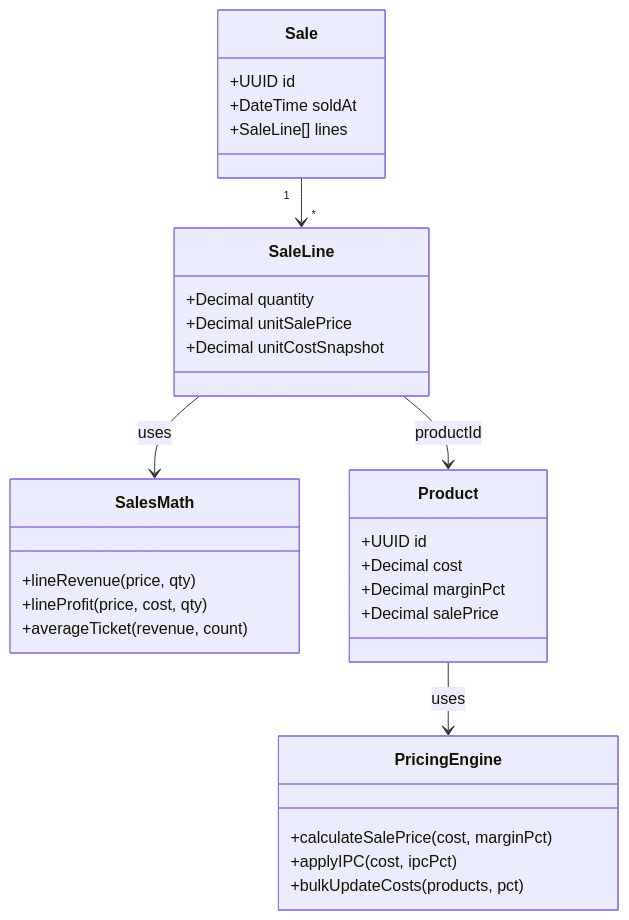
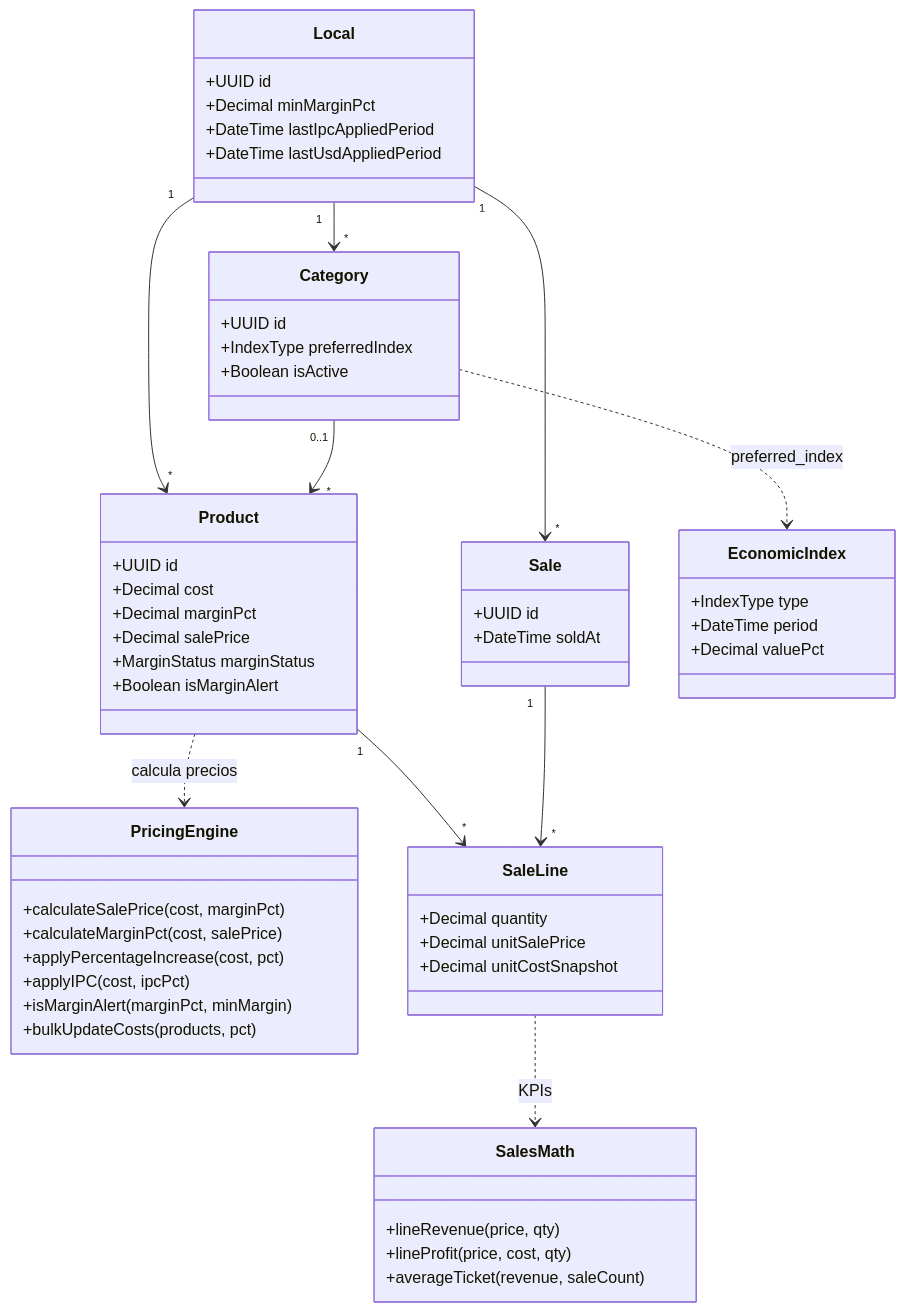
One commit to ELautax/PreciosYa changed the diagram in docs/entrega/assets/uml-clases.mmd. Above: the diagram before and after it, drawn with Mermaid. The commit also changed 51 other files, not shown here.

```diff
--- a/docs/entrega/assets/uml-clases.mmd
+++ b/docs/entrega/assets/uml-clases.mmd
@@ -1,36 +1,64 @@
 classDiagram
   class PricingEngine {
     +calculateSalePrice(cost, marginPct)
+    +calculateMarginPct(cost, salePrice)
+    +applyPercentageIncrease(cost, pct)
     +applyIPC(cost, ipcPct)
+    +isMarginAlert(marginPct, minMargin)
     +bulkUpdateCosts(products, pct)
   }
 
   class SalesMath {
     +lineRevenue(price, qty)
     +lineProfit(price, cost, qty)
-    +averageTicket(revenue, count)
+    +averageTicket(revenue, saleCount)
+  }
+
+  class Local {
+    +UUID id
+    +Decimal minMarginPct
+    +DateTime lastIpcAppliedPeriod
+    +DateTime lastUsdAppliedPeriod
+  }
+
+  class Category {
+    +UUID id
+    +IndexType preferredIndex
+    +Boolean isActive
   }
 
   class Product {
     +UUID id
     +Decimal cost
     +Decimal marginPct
     +Decimal salePrice
+    +MarginStatus marginStatus
+    +Boolean isMarginAlert
   }
 
   class Sale {
     +UUID id
     +DateTime soldAt
-    +SaleLine[] lines
   }
 
   class SaleLine {
     +Decimal quantity
     +Decimal unitSalePrice
     +Decimal unitCostSnapshot
   }
 
+  class EconomicIndex {
+    +IndexType type
+    +DateTime period
+    +Decimal valuePct
+  }
+
+  Local "1" --> "*" Category
+  Local "1" --> "*" Product
+  Local "1" --> "*" Sale
+  Category "0..1" --> "*" Product
+  Product "1" --> "*" SaleLine
   Sale "1" --> "*" SaleLine
-  SaleLine --> Product : productId
-  Product --> PricingEngine : uses
-  SaleLine --> SalesMath : uses
+  Product ..> PricingEngine : calcula precios
+  SaleLine ..> SalesMath : KPIs
+  Category ..> EconomicIndex : preferred_index
```
